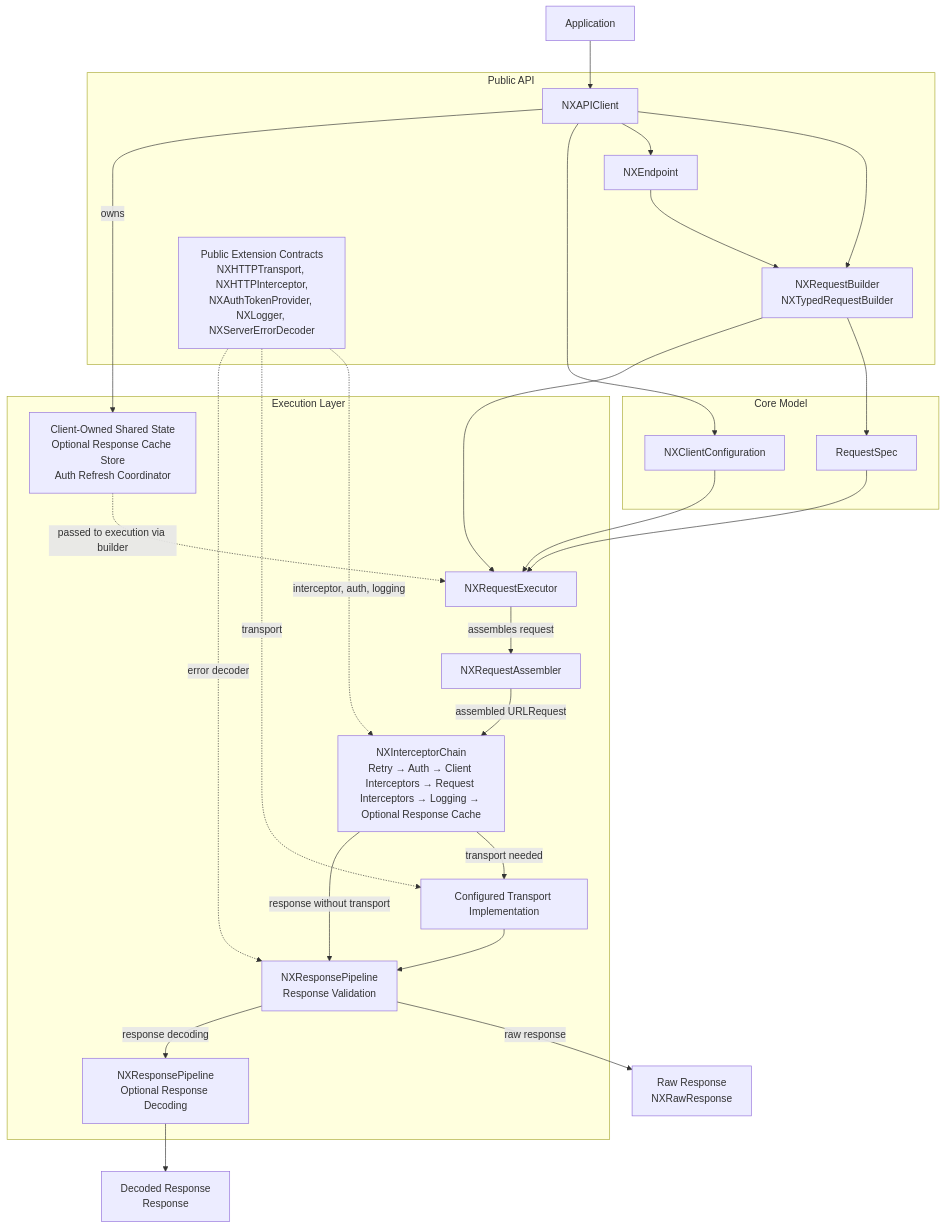
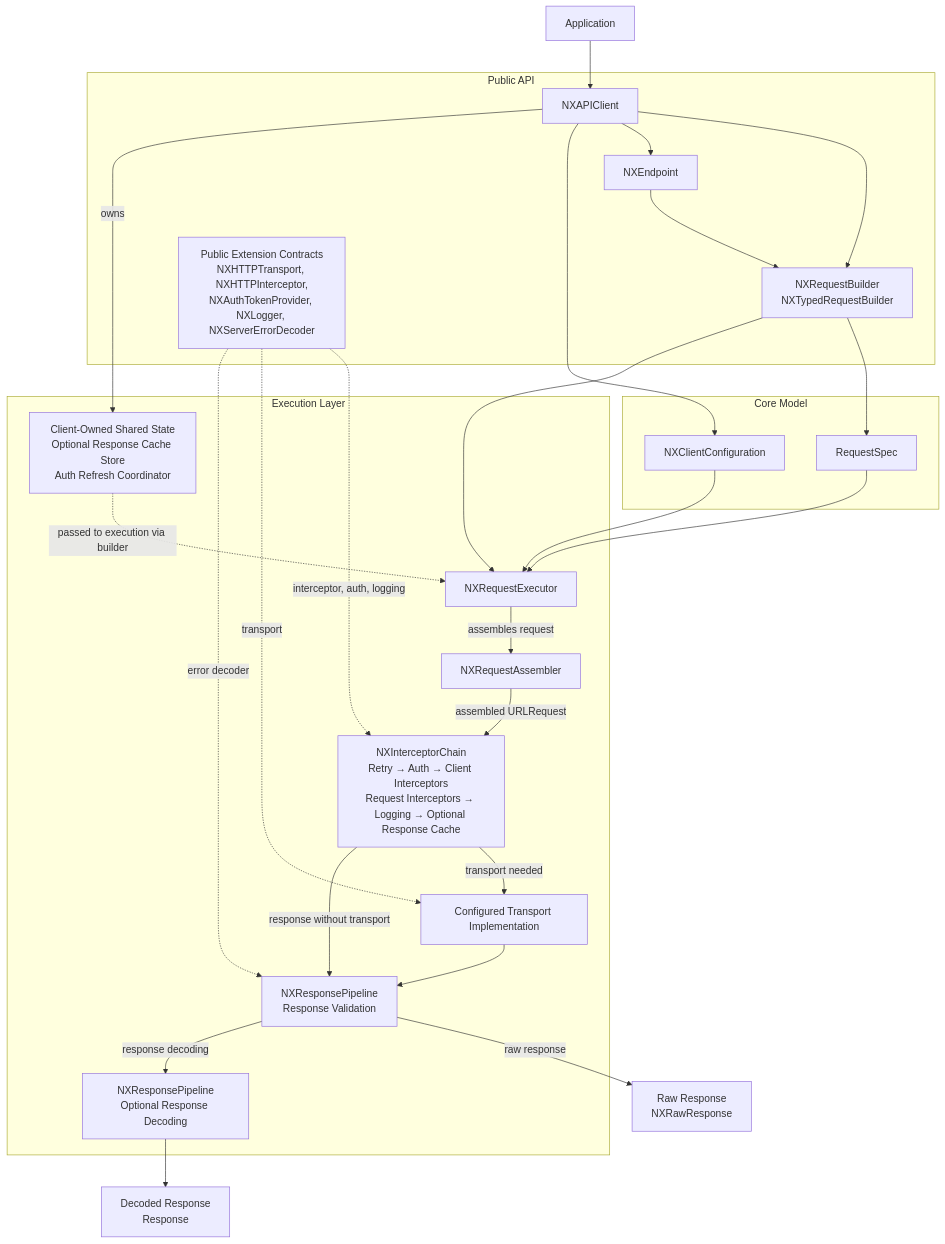
Before and after one commit to opficdev/Nexa: the diagram in README.en.md, drawn with Mermaid. The commit also changed other lines of this file and 1 other file, not shown here.

Commit message:
docs: README 탐색성과 다이어그램 가독성 보완

````diff
--- a/README.en.md
+++ b/README.en.md
@@ -183,55 +186,55 @@
 ```mermaid
 flowchart TB
     application[Application] --> client[NXAPIClient]
 
     subgraph publicAPI[Public API]
         client
         builder[NXRequestBuilder<br/>NXTypedRequestBuilder]
         endpoint[NXEndpoint]
         extensionPoints[Public Extension Contracts<br/>NXHTTPTransport, NXHTTPInterceptor,<br/>NXAuthTokenProvider, NXLogger, NXServerErrorDecoder]
 
         client --> builder
         client --> endpoint
         endpoint --> builder
     end
 
     subgraph core[Core Model]
         configuration[NXClientConfiguration]
         requestSpec[RequestSpec]
     end
 
     client --> configuration
     builder --> requestSpec
 
     subgraph runtime[Execution Layer]
         sharedState[Client-Owned Shared State<br/>Optional Response Cache Store<br/>Auth Refresh Coordinator]
         executor[NXRequestExecutor]
         assembler[NXRequestAssembler]
-        interceptors[NXInterceptorChain<br/>Retry → Auth → Client Interceptors → Request Interceptors → Logging → Optional Response Cache]
+        interceptors[NXInterceptorChain<br/>Retry → Auth → Client Interceptors<br/>Request Interceptors → Logging → Optional Response Cache]
         configuredTransport[Configured Transport Implementation]
         validation[NXResponsePipeline<br/>Response Validation]
         decoding[NXResponsePipeline<br/>Optional Response Decoding]
     end
 
     client -->|owns| sharedState
     sharedState -.->|passed to execution via builder| executor
 
     builder --> executor
     configuration --> executor
     requestSpec --> executor
 
     executor -->|assembles request| assembler
     assembler -->|assembled URLRequest| interceptors
 
     interceptors -->|transport needed| configuredTransport
     configuredTransport --> validation
     interceptors -->|response without transport| validation
 
     validation -->|raw response| rawResponse[Raw Response<br/>NXRawResponse]
     validation -->|response decoding| decoding
     decoding --> decodedResponse[Decoded Response<br/>Response]
 
     extensionPoints -.->|interceptor, auth, logging| interceptors
     extensionPoints -.->|transport| configuredTransport
     extensionPoints -.->|error decoder| validation
 ```
````
